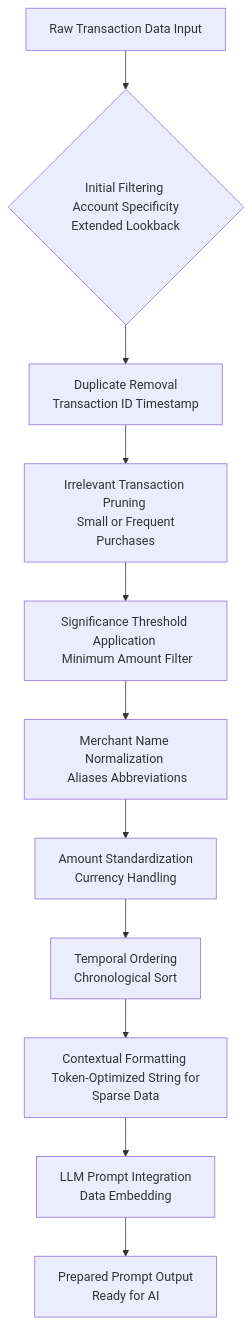
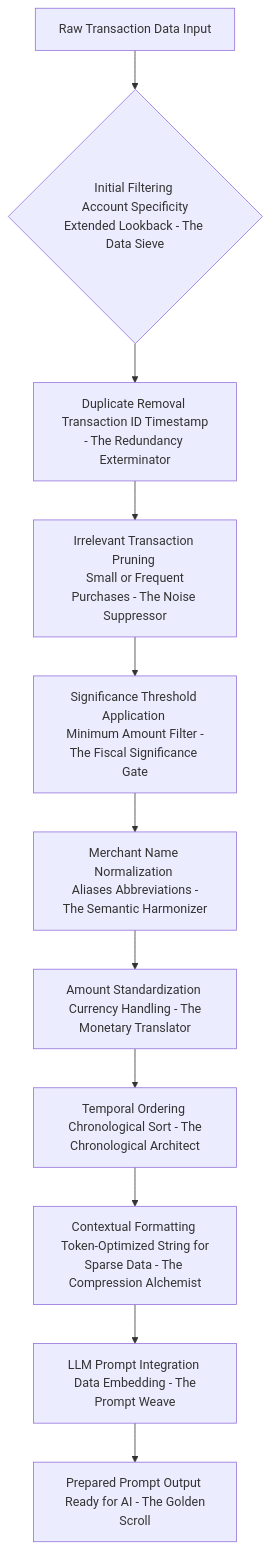
One commit to diplomat-bit/Citibank_Demo_Business_Inc_Demonstration- changed the third of 10 diagrams in inventions/inventions/006_ai_subscription_detection/008_ai_irregular_expense_prediction.md. Above: the diagram before and after it, drawn with Mermaid. The commit also changed other lines of this file, not shown here.

````diff
--- a/inventions/inventions/006_ai_subscription_detection/008_ai_irregular_expense_prediction.md
+++ b/inventions/inventions/006_ai_subscription_detection/008_ai_irregular_expense_prediction.md
@@ -155,13 +156,13 @@
 ```mermaid
 graph TD
-    A[Raw Transaction Data Input] --> B{Initial Filtering <br/> Account Specificity Extended Lookback}
-    B --> C[Duplicate Removal <br/> Transaction ID Timestamp]
-    C --> D[Irrelevant Transaction Pruning <br/> Small or Frequent Purchases]
-    D --> E[Significance Threshold Application <br/> Minimum Amount Filter]
-    E --> F[Merchant Name Normalization <br/> Aliases Abbreviations]
-    F --> G[Amount Standardization <br/> Currency Handling]
-    G --> H[Temporal Ordering <br/> Chronological Sort]
-    H --> I[Contextual Formatting <br/> Token-Optimized String for Sparse Data]
-    I --> J[LLM Prompt Integration <br/> Data Embedding]
-    J --> K[Prepared Prompt Output <br/> Ready for AI]
+    A[Raw Transaction Data Input] --> B{Initial Filtering <br/> Account Specificity Extended Lookback - The Data Sieve}
+    B --> C[Duplicate Removal <br/> Transaction ID Timestamp - The Redundancy Exterminator]
+    C --> D[Irrelevant Transaction Pruning <br/> Small or Frequent Purchases - The Noise Suppressor]
+    D --> E[Significance Threshold Application <br/> Minimum Amount Filter - The Fiscal Significance Gate]
+    E --> F[Merchant Name Normalization <br/> Aliases Abbreviations - The Semantic Harmonizer]
+    F --> G[Amount Standardization <br/> Currency Handling - The Monetary Translator]
+    G --> H[Temporal Ordering <br/> Chronological Sort - The Chronological Architect]
+    H --> I[Contextual Formatting <br/> Token-Optimized String for Sparse Data - The Compression Alchemist]
+    I --> J[LLM Prompt Integration <br/> Data Embedding - The Prompt Weave]
+    J --> K[Prepared Prompt Output <br/> Ready for AI - The Golden Scroll]
 ```
````
